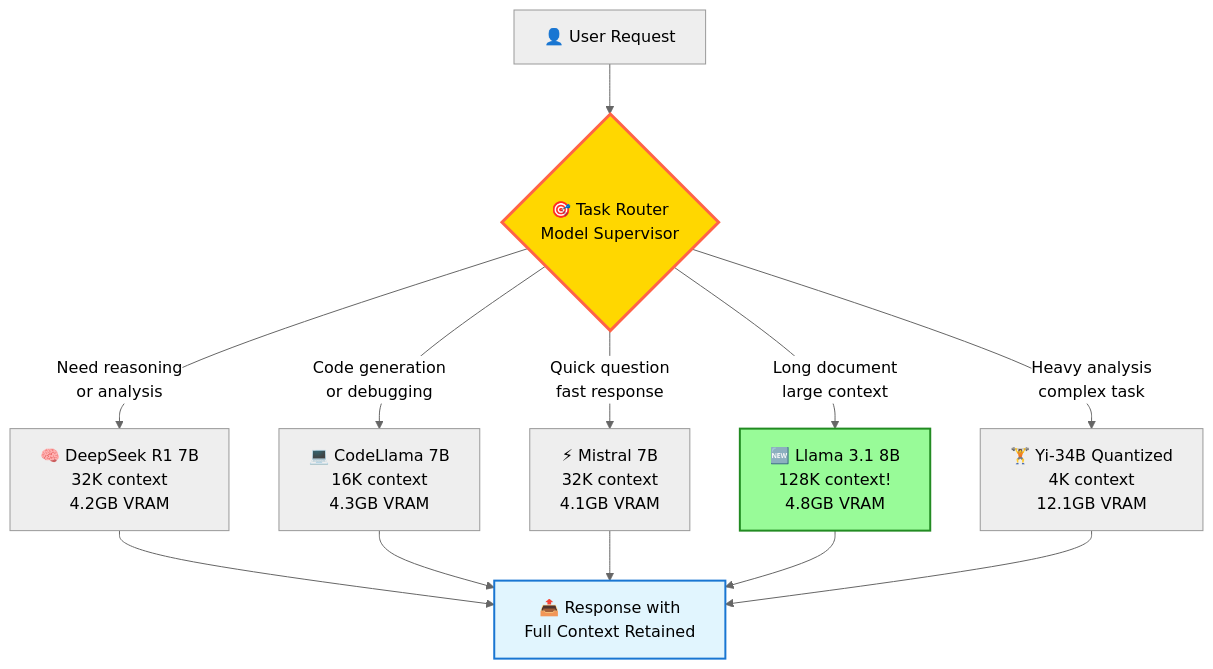
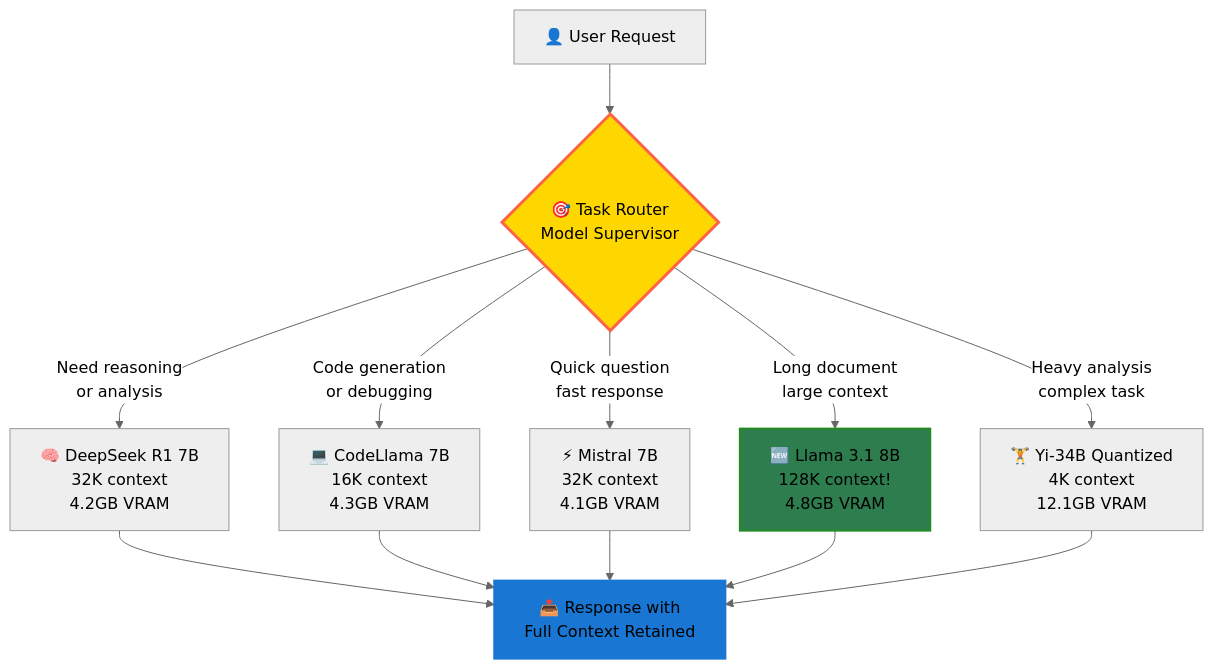
Before and after one commit to rduffyuk/blog: the third of 3 diagrams in content/posts/2025-10-05-season-1-episode-3-ai-awakening.md, drawn with Mermaid (neutral theme). The commit also changed other lines of this file and 15 other files, not shown here.

First line of the commit message:
Fix all diagram backgrounds and increase text to 72px

````diff
--- a/content/posts/2025-10-05-season-1-episode-3-ai-awakening.md
+++ b/content/posts/2025-10-05-season-1-episode-3-ai-awakening.md
@@ -341,20 +341,20 @@
 ```mermaid
 graph TD
     User[👤 User Request] --> Router{🎯 Task Router<br/>Model Supervisor}
 
     Router -->|"Need reasoning<br/>or analysis"| DeepSeek[🧠 DeepSeek R1 7B<br/>32K context<br/>4.2GB VRAM]
     Router -->|"Code generation<br/>or debugging"| CodeLlama[💻 CodeLlama 7B<br/>16K context<br/>4.3GB VRAM]
     Router -->|"Quick question<br/>fast response"| Mistral[⚡ Mistral 7B<br/>32K context<br/>4.1GB VRAM]
     Router -->|"Long document<br/>large context"| Llama[🆕 Llama 3.1 8B<br/>128K context!<br/>4.8GB VRAM]
     Router -->|"Heavy analysis<br/>complex task"| Yi[🏋️ Yi-34B Quantized<br/>4K context<br/>12.1GB VRAM]
 
     DeepSeek --> Response[📤 Response with<br/>Full Context Retained]
     CodeLlama --> Response
     Mistral --> Response
     Llama --> Response
     Yi --> Response
 
     style Router fill:#ffd700,stroke:#ff6347,stroke-width:3px
-    style Llama fill:#98fb98,stroke:#228b22,stroke-width:2px
-    style Response fill:#e1f5fe,stroke:#1976d2,stroke-width:2px
+    style Llama fill:#2E7D4E,stroke:#228b22,stroke-width:2px
+    style Response fill:#1976D2,stroke:#1976d2,stroke-width:2px
 ```
````
